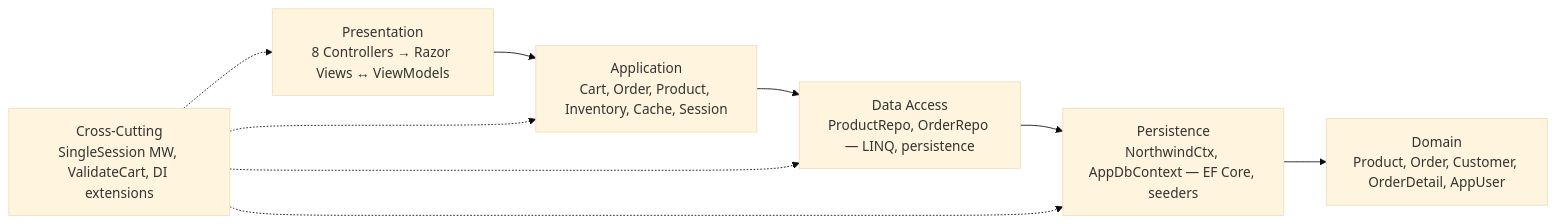
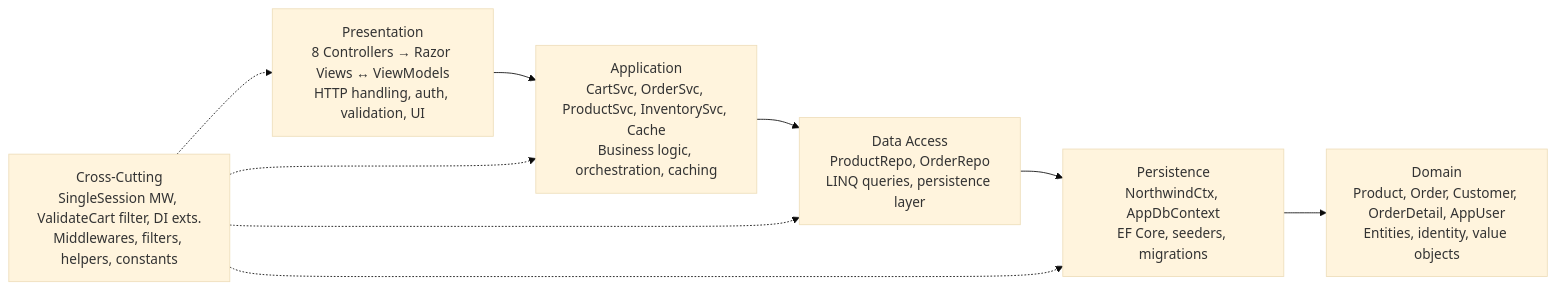
Before and after one commit to jeffersonmejia/north-taks1-p3: the diagram in README.md, drawn with Mermaid (base theme).

Commit message:
docs: expand package diagram with 3-line descriptive boxes

````diff
--- a/README.md
+++ b/README.md
@@ -45,15 +45,15 @@
 ```mermaid
 graph LR
-  P["Presentation<br/>8 Controllers → Razor Views ↔ ViewModels"]
-  App["Application<br/>Cart, Order, Product, Inventory, Cache, Session"]
-  DAL["Data Access<br/>ProductRepo, OrderRepo — LINQ, persistence"]
-  Per["Persistence<br/>NorthwindCtx, AppDbContext — EF Core, seeders"]
-  Dom["Domain<br/>Product, Order, Customer, OrderDetail, AppUser"]
-  XCut["Cross-Cutting<br/>SingleSession MW, ValidateCart, DI extensions"]
+  P["Presentation<br/>8 Controllers → Razor Views ↔ ViewModels<br/>HTTP handling, auth, validation, UI"]
+  App["Application<br/>CartSvc, OrderSvc, ProductSvc, InventorySvc, Cache<br/>Business logic, orchestration, caching"]
+  DAL["Data Access<br/>ProductRepo, OrderRepo<br/>LINQ queries, persistence layer"]
+  Per["Persistence<br/>NorthwindCtx, AppDbContext<br/>EF Core, seeders, migrations"]
+  Dom["Domain<br/>Product, Order, Customer, OrderDetail, AppUser<br/>Entities, identity, value objects"]
+  XCut["Cross-Cutting<br/>SingleSession MW, ValidateCart filter, DI exts.<br/>Middlewares, filters, helpers, constants"]
 
   P --> App --> DAL --> Per --> Dom
   XCut -.-> P
   XCut -.-> App
   XCut -.-> DAL
   XCut -.-> Per
 ```
````
